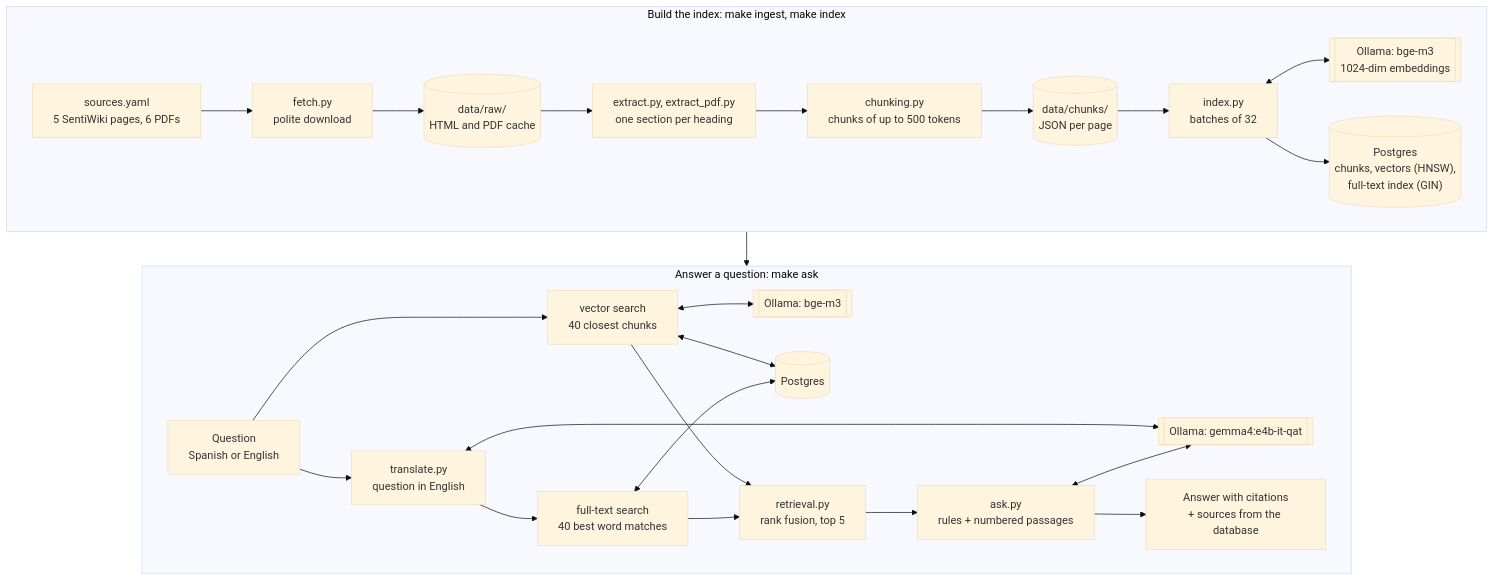
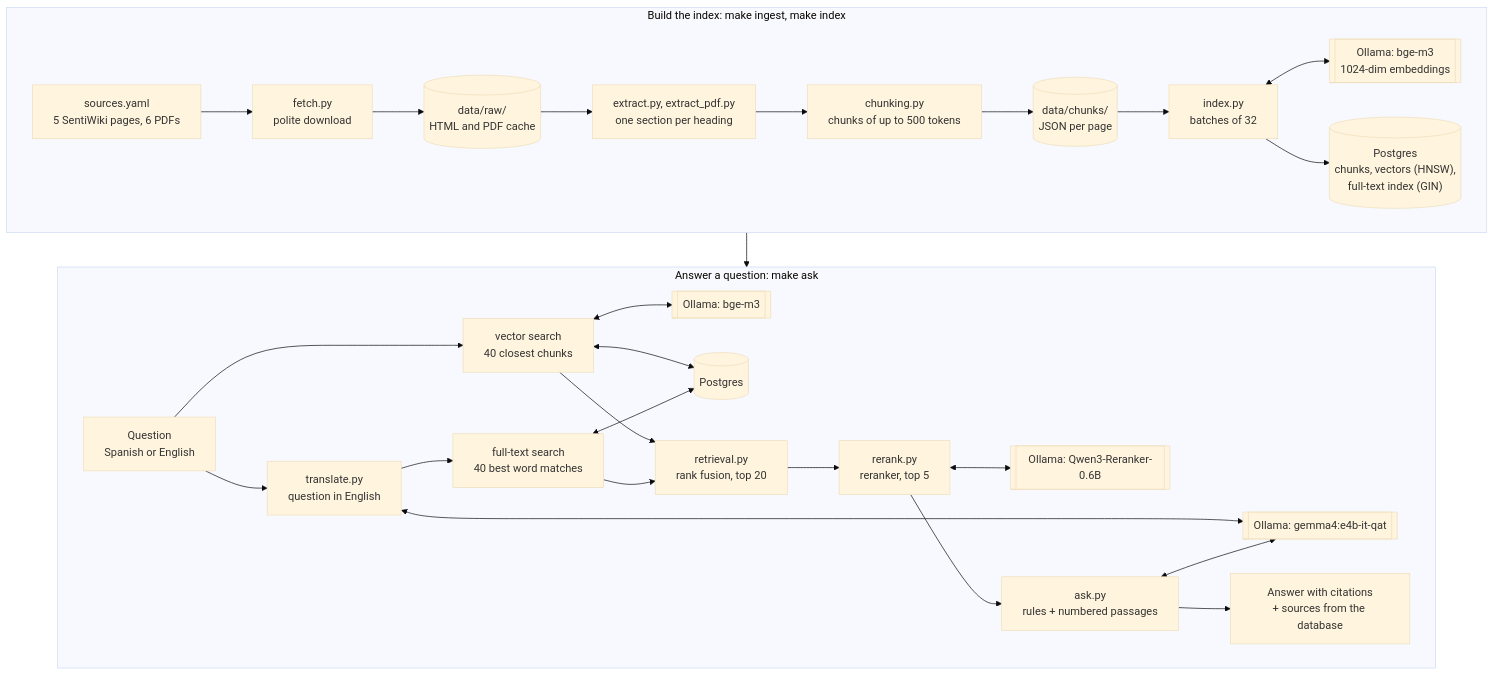
Before and after one commit to mmartinsie/sentinel1-rag: the first of 3 diagrams in README.md, drawn with Mermaid (base theme). The commit also changed other lines of this file and 18 other files, not shown here.

First line of the commit message:
feat: rerank the top 20 with Qwen3-Reranker through Ollama

````diff
--- a/README.md
+++ b/README.md
@@ -38,30 +40,32 @@
 ```mermaid
 flowchart TB
     subgraph build["Build the index: make ingest, make index"]
         direction LR
         S["sources.yaml<br/>5 SentiWiki pages, 6 PDFs"] --> F["fetch.py<br/>polite download"]
         F --> R[("data/raw/<br/>HTML and PDF cache")]
         R --> EX["extract.py, extract_pdf.py<br/>one section per heading"]
         EX --> C["chunking.py<br/>chunks of up to 500 tokens"]
         C --> J[("data/chunks/<br/>JSON per page")]
         J --> I["index.py<br/>batches of 32"]
         I <--> E1[["Ollama: bge-m3<br/>1024-dim embeddings"]]
         I --> DB[("Postgres<br/>chunks, vectors (HNSW),<br/>full-text index (GIN)")]
     end
     subgraph answer["Answer a question: make ask"]
         direction LR
         Q["Question<br/>Spanish or English"] --> T["translate.py<br/>question in English"]
         T <--> G[["Ollama: gemma4:e4b-it-qat"]]
         Q --> V["vector search<br/>40 closest chunks"]
         T --> L["full-text search<br/>40 best word matches"]
         V <--> E2[["Ollama: bge-m3"]]
         V <--> DB2[("Postgres")]
         L <--> DB2
-        V --> RRF["retrieval.py<br/>rank fusion, top 5"]
+        V --> RRF["retrieval.py<br/>rank fusion, top 20"]
         L --> RRF
-        RRF --> P["ask.py<br/>rules + numbered passages"]
+        RRF --> RR["rerank.py<br/>reranker, top 5"]
+        RR <--> E3[["Ollama: Qwen3-Reranker-0.6B"]]
+        RR --> P["ask.py<br/>rules + numbered passages"]
         P <--> G
         P --> OUT["Answer with citations<br/>+ sources from the database"]
     end
     build --> answer
 ```
````
